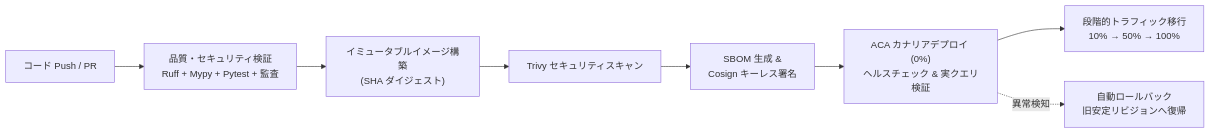
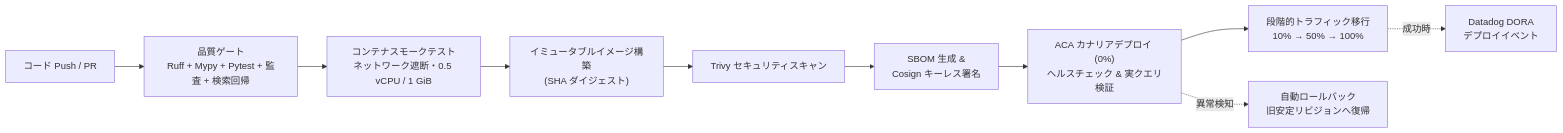
Before and after one commit to workHMZ/aca-ghcr-cicd-lab: the ninth of 9 diagrams in README.md, drawn with Mermaid. The commit also changed other lines of this file and 40 other files, not shown here.

````diff
--- a/README.md
+++ b/README.md
@@ -455,10 +670,12 @@
 ```mermaid
 flowchart LR
-    PR["コード Push / PR"] --> Lint["品質・セキュリティ検証<br/>Ruff + Mypy + Pytest + 監査"]
-    Lint --> Build["イミュータブルイメージ構築<br/>(SHA ダイジェスト)"]
+    PR["コード Push / PR"] --> Lint["品質ゲート<br/>Ruff + Mypy + Pytest + 監査 + 検索回帰"]
+    Lint --> Smoke["コンテナスモークテスト<br/>ネットワーク遮断・0.5 vCPU / 1 GiB"]
+    Smoke --> Build["イミュータブルイメージ構築<br/>(SHA ダイジェスト)"]
     Build --> Scan["Trivy セキュリティスキャン"]
     Scan --> SBOM["SBOM 生成 &<br/>Cosign キーレス署名"]
     SBOM --> Canary["ACA カナリアデプロイ (0%)<br/>ヘルスチェック & 実クエリ検証"]
     Canary --> Promote["段階的トラフィック移行<br/>10% → 50% → 100%"]
     Canary -. "異常検知" .-> Rollback["自動ロールバック<br/>旧安定リビジョンへ復帰"]
+    Promote -. "成功時" .-> DORA["Datadog DORA<br/>デプロイイベント"]
 ```
````
